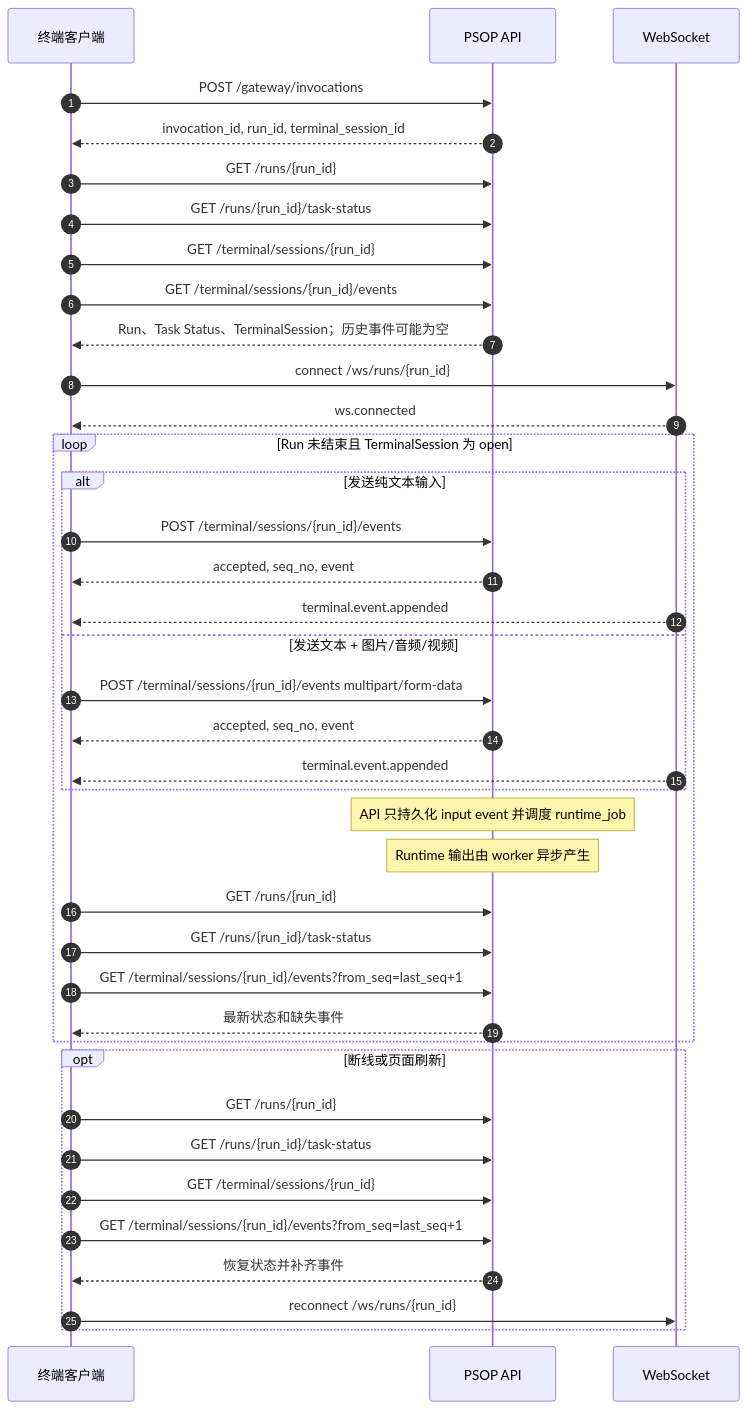
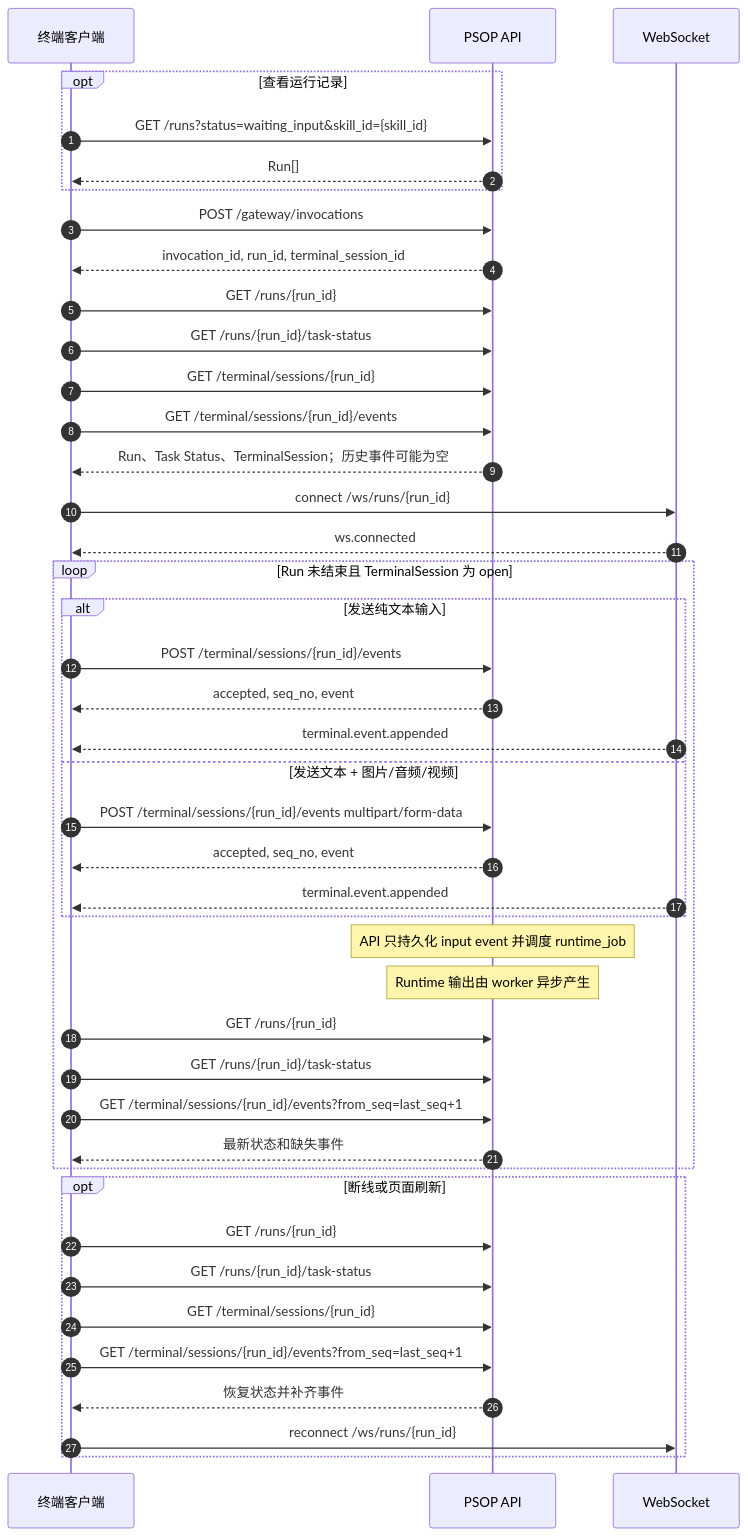
The diagram in docs/guides/terminal-integration-v1.md (servforce/psop), drawn with Mermaid before and after one commit. The commit also changed other lines of this file and 8 other files, not shown here.

Commit message:
Add run status filters and terminal history docs

````diff
--- a/docs/guides/terminal-integration-v1.md
+++ b/docs/guides/terminal-integration-v1.md
@@ -115,46 +116,51 @@
 ```mermaid
 sequenceDiagram
     autonumber
     participant T as 终端客户端
     participant API as PSOP API
     participant WS as WebSocket
+
+    opt 查看运行记录
+        T->>API: GET /runs?status=waiting_input&skill_id={skill_id}
+        API-->>T: Run[]
+    end
 
     T->>API: POST /gateway/invocations
     API-->>T: invocation_id, run_id, terminal_session_id
 
     T->>API: GET /runs/{run_id}
     T->>API: GET /runs/{run_id}/task-status
     T->>API: GET /terminal/sessions/{run_id}
     T->>API: GET /terminal/sessions/{run_id}/events
     API-->>T: Run、Task Status、TerminalSession；历史事件可能为空
 
     T->>WS: connect /ws/runs/{run_id}
     WS-->>T: ws.connected
 
     loop Run 未结束且 TerminalSession 为 open
         alt 发送纯文本输入
             T->>API: POST /terminal/sessions/{run_id}/events
             API-->>T: accepted, seq_no, event
             WS-->>T: terminal.event.appended
         else 发送文本 + 图片/音频/视频
             T->>API: POST /terminal/sessions/{run_id}/events multipart/form-data
             API-->>T: accepted, seq_no, event
             WS-->>T: terminal.event.appended
         end
         Note over API: API 只持久化 input event 并调度 runtime_job
         Note over API: Runtime 输出由 worker 异步产生
         T->>API: GET /runs/{run_id}
         T->>API: GET /runs/{run_id}/task-status
         T->>API: GET /terminal/sessions/{run_id}/events?from_seq=last_seq+1
         API-->>T: 最新状态和缺失事件
     end
 
     opt 断线或页面刷新
         T->>API: GET /runs/{run_id}
         T->>API: GET /runs/{run_id}/task-status
         T->>API: GET /terminal/sessions/{run_id}
         T->>API: GET /terminal/sessions/{run_id}/events?from_seq=last_seq+1
         API-->>T: 恢复状态并补齐事件
         T->>WS: reconnect /ws/runs/{run_id}
     end
 ```
````
